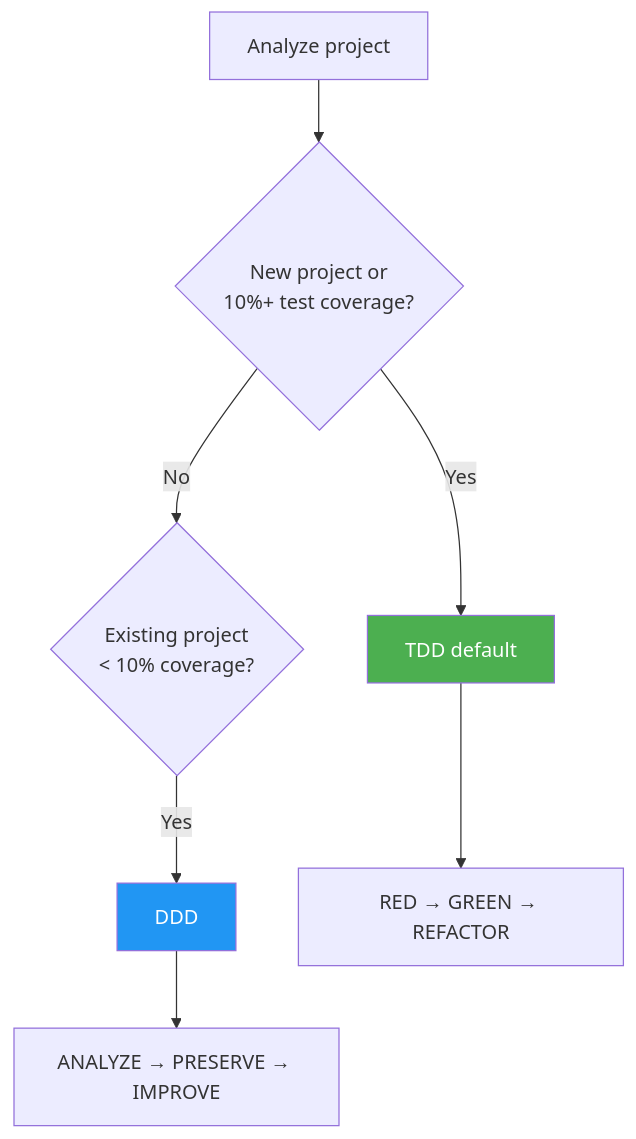
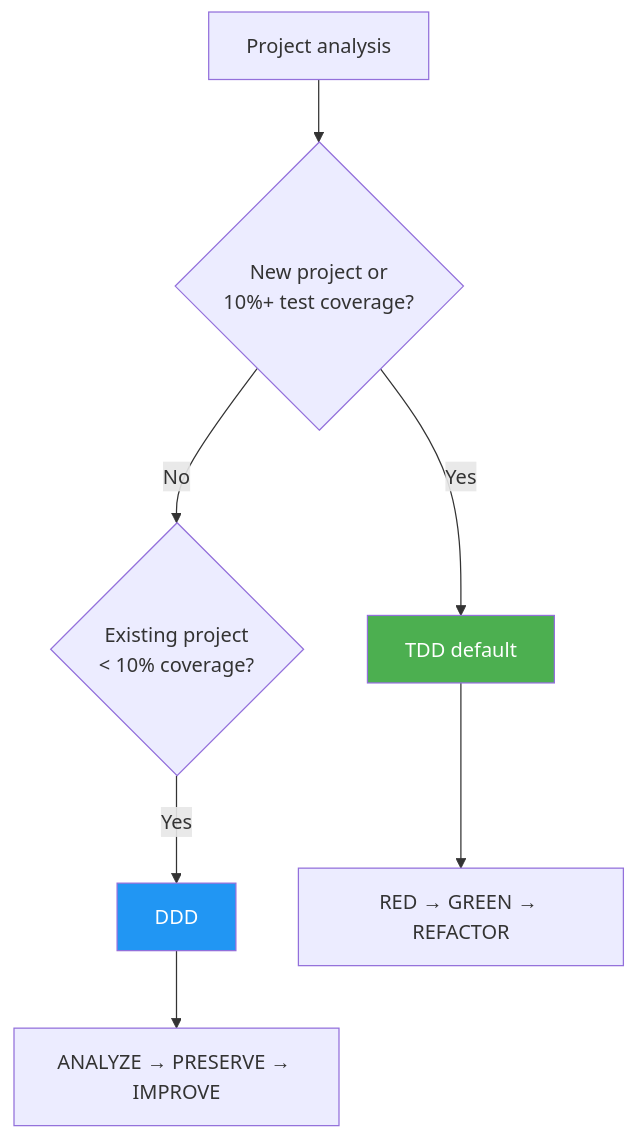
The first of 2 diagrams in docs-site/content/en/getting-started/introduction.md (modu-ai/moai-adk), drawn with Mermaid before and after one commit. The commit also changed other lines of this file and 180 other files, not shown here.

````diff
--- a/docs-site/content/en/getting-started/introduction.md
+++ b/docs-site/content/en/getting-started/introduction.md
@@ -100,12 +100,12 @@
 ```mermaid
 flowchart TD
-    A["Analyze project"] --> B{"New project or<br/>10%+ test coverage?"}
+    A["Project analysis"] --> B{"New project or<br/>10%+ test coverage?"}
     B -->|"Yes"| C["TDD default"]
     B -->|"No"| D{"Existing project<br/>< 10% coverage?"}
     D -->|"Yes"| E["DDD"]
     C --> F["RED → GREEN → REFACTOR"]
     E --> G["ANALYZE → PRESERVE → IMPROVE"]
 
     style C fill:#4CAF50,color:#fff
     style E fill:#2196F3,color:#fff
 ```
````
